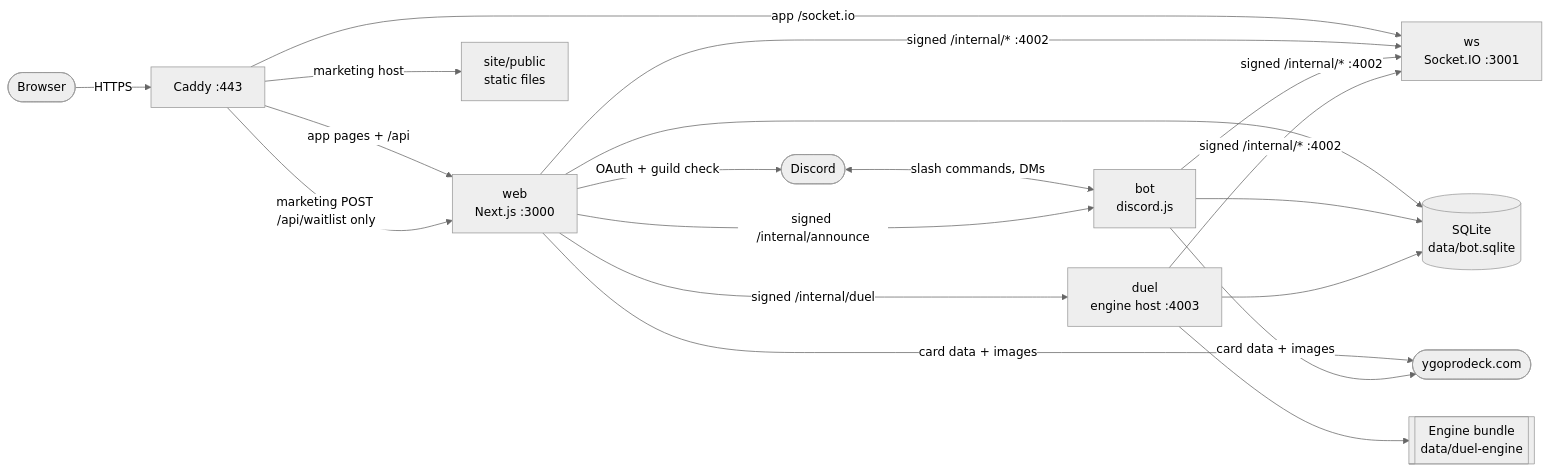
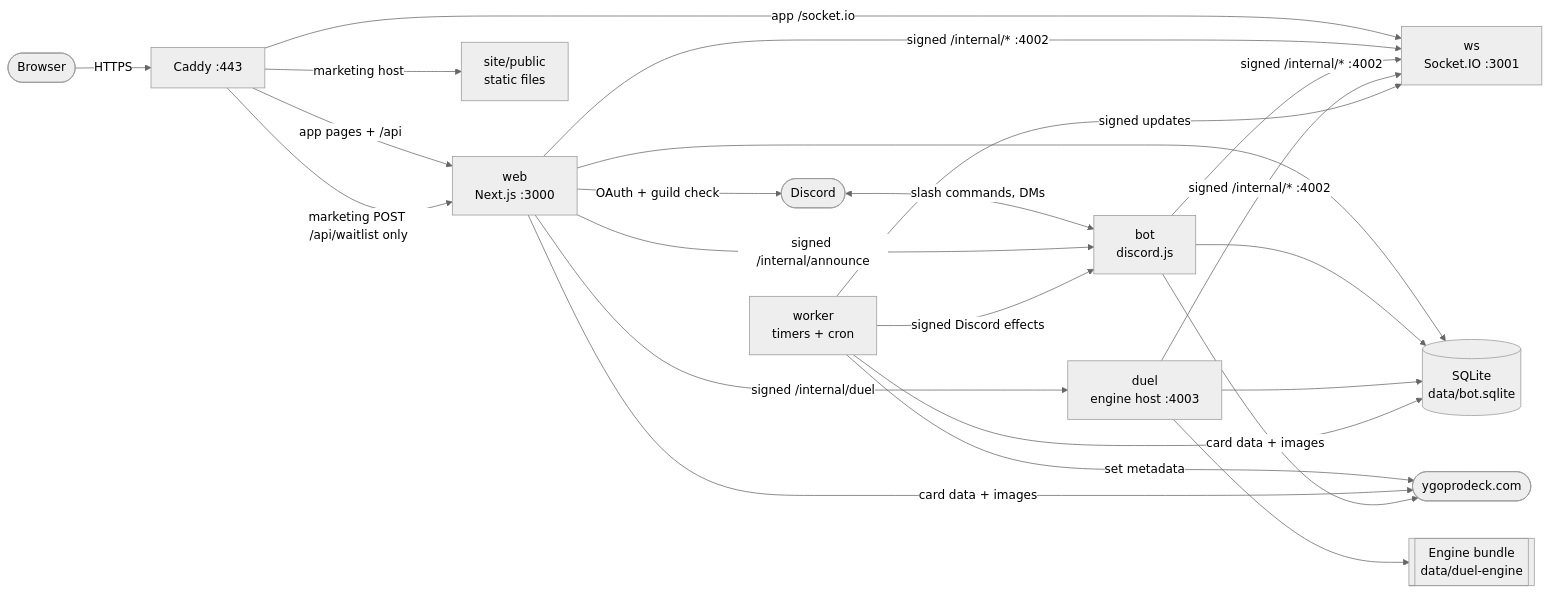
One commit to DuelingDomain/yugioh-bot changed the first of 4 diagrams in docs/architecture.md. Above: the diagram before and after it, drawn with Mermaid (neutral theme). The commit also changed other lines of this file and 33 other files, not shown here.

````diff
--- a/docs/architecture.md
+++ b/docs/architecture.md
@@ -7,16 +7,20 @@
 ```mermaid
 flowchart LR
   user([Browser]) -->|HTTPS| caddy[Caddy :443]
   caddy -->|app pages + /api| web[web<br/>Next.js :3000]
   caddy -->|app /socket.io| ws[ws<br/>Socket.IO :3001]
   caddy -->|marketing host| site[site/public<br/>static files]
   caddy -->|marketing POST /api/waitlist only| web
   discord([Discord]) <-->|slash commands, DMs| bot[bot<br/>discord.js]
   web -->|OAuth + guild check| discord
   web -->|signed /internal/duel| duel[duel<br/>engine host :4003]
   web -->|signed /internal/announce| bot
   web & bot & duel -->|signed /internal/* :4002| ws
   web & bot & duel --> db[(SQLite<br/>data/bot.sqlite)]
+  worker[worker<br/>timers + cron] --> db
+  worker -->|signed updates| ws
+  worker -->|signed Discord effects| bot
+  worker -->|set metadata| ygo
   duel --> bundle[[Engine bundle<br/>data/duel-engine]]
   web & bot -->|card data + images| ygo([ygoprodeck.com])
 ```
````
